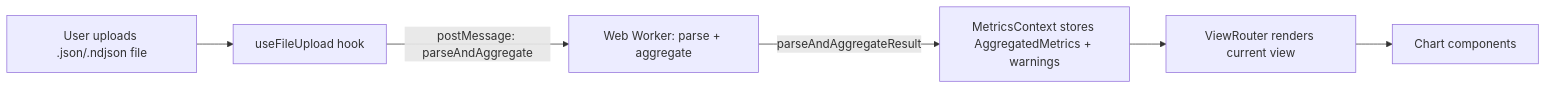
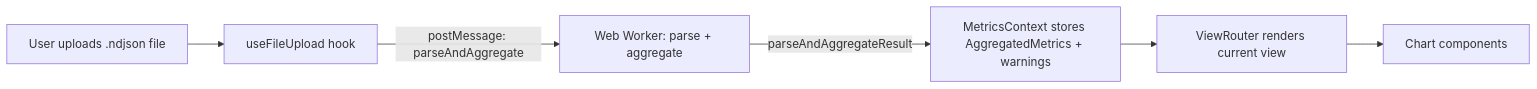
Before and after one commit to asizikov-demos/copilot-user-level-statistics-viewer: the first of 2 diagrams in docs/project-overview.md, drawn with Mermaid. The commit also changed other lines of this file and 5 other files, not shown here.

Commit message:
fix: update documentation and file upload handling to support only NDJSON format

````diff
--- a/docs/project-overview.md
+++ b/docs/project-overview.md
@@ -69,8 +69,8 @@
 ```mermaid
 flowchart LR
-  A[User uploads .json/.ndjson file] --> B[useFileUpload hook]
+  A[User uploads .ndjson file] --> B[useFileUpload hook]
   B -->|postMessage: parseAndAggregate| W[Web Worker: parse + aggregate]
   W -->|parseAndAggregateResult| C[MetricsContext stores AggregatedMetrics + warnings]
   C --> D[ViewRouter renders current view]
   D --> E[Chart components]
 ```
````
